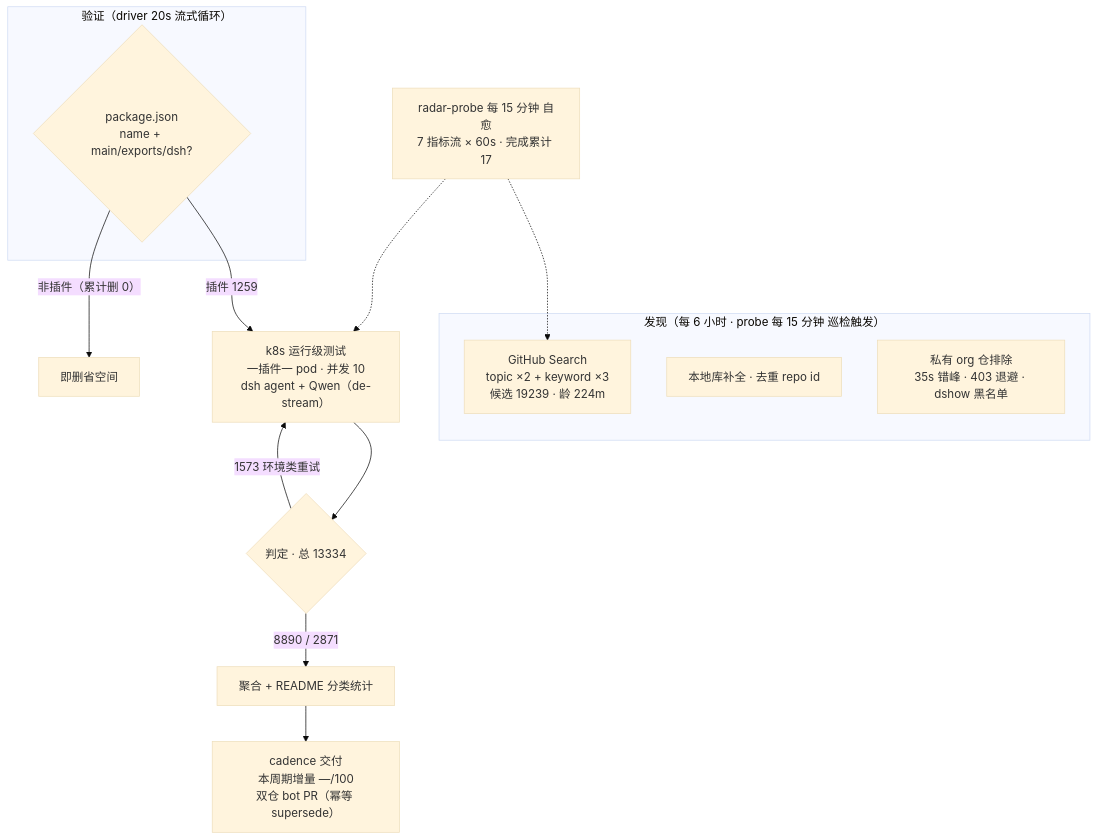
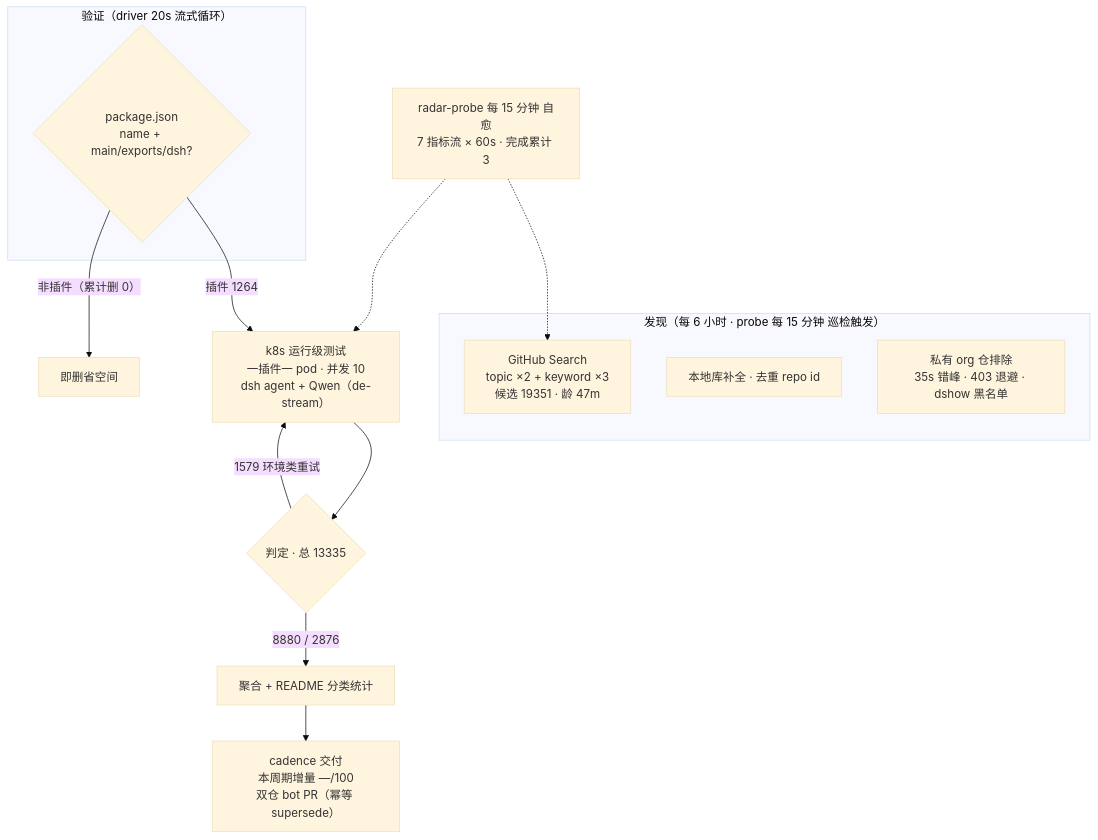
One commit to Zhidao-Lab-OSS/awesome-dsh-plugins changed the diagram in README.md. Above: the diagram before and after it, drawn with Mermaid (base theme). The commit also changed other lines of this file and 1 other file, not shown here.

````diff
--- a/README.md
+++ b/README.md
@@ -52,20 +52,20 @@
 ```mermaid
 flowchart TB
     subgraph Discovery["发现（每 6 小时 · probe 每 15 分钟 巡检触发）"]
-        A1["GitHub Search<br/>topic ×2 + keyword ×3<br/>候选 19239 · 龄 224m"]
+        A1["GitHub Search<br/>topic ×2 + keyword ×3<br/>候选 19351 · 龄 47m"]
         A2["本地库补全 · 去重 repo id"]
         A3["私有 org 仓排除<br/>35s 错峰 · 403 退避 · dshow 黑名单"]
     end
     subgraph Validation["验证（driver 20s 流式循环）"]
         B1{"package.json<br/>name + main/exports/dsh?"}
     end
-    B1 -->|"插件 1259"| C1["k8s 运行级测试<br/>一插件一 pod · 并发 10<br/>dsh agent + Qwen（de-stream）"]
+    B1 -->|"插件 1264"| C1["k8s 运行级测试<br/>一插件一 pod · 并发 10<br/>dsh agent + Qwen（de-stream）"]
     B1 -->|"非插件（累计删 0）"| B3["即删省空间"]
-    C1 --> D1{"判定 · 总 13334"}
-    D1 -->|"8890 / 2871"| E1["聚合 + README 分类统计"]
-    D1 -->|"1573 环境类重试"| C1
+    C1 --> D1{"判定 · 总 13335"}
+    D1 -->|"8880 / 2876"| E1["聚合 + README 分类统计"]
+    D1 -->|"1579 环境类重试"| C1
     E1 --> E2["cadence 交付<br/>本周期增量 —/100<br/>双仓 bot PR（幂等 supersede）"]
-    M["radar-probe 每 15 分钟 自愈<br/>7 指标流 × 60s · 完成累计 17"]
+    M["radar-probe 每 15 分钟 自愈<br/>7 指标流 × 60s · 完成累计 3"]
     M -.-> A1
     M -.-> C1
 ```
````
